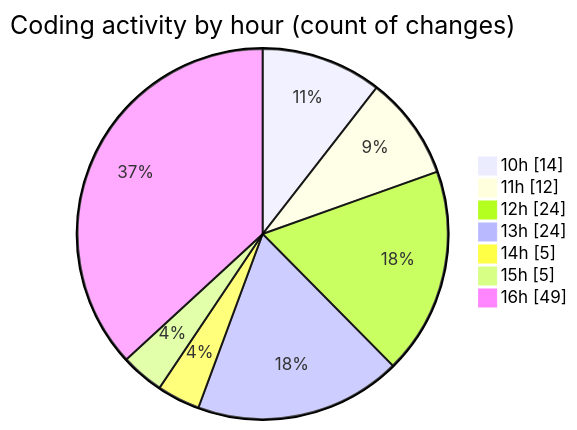
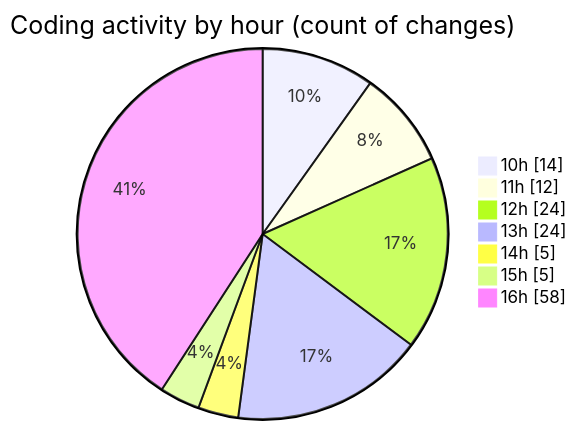
Before and after one commit to momahboobian/code-tracking: the second of 2 diagrams in 2025-09-29/cda/README.md, drawn with Mermaid. The commit also changed other lines of this file and 1 other file, not shown here.

````diff
--- a/2025-09-29/cda/README.md
+++ b/2025-09-29/cda/README.md
@@ -52,11 +56,11 @@
 ```mermaid
 pie showData
 title Coding activity by hour (count of changes)
 "10h" : 14
 "11h" : 12
 "12h" : 24
 "13h" : 24
 "14h" : 5
 "15h" : 5
-"16h" : 49
+"16h" : 58
 ```
````
